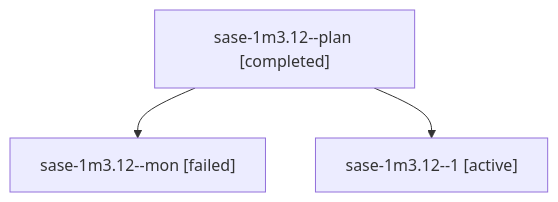
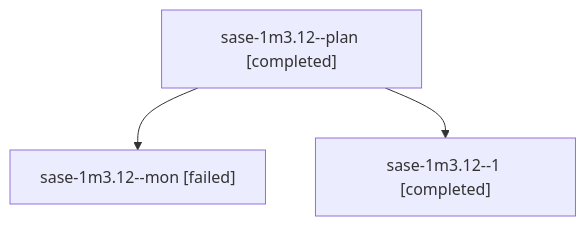
Before and after one commit to sase-org/sase--agents: the diagram in sessions/bbugyi200.apollo.sase-1m3.12.md, drawn with Mermaid. The commit also changed other lines of this file and 150 other files, not shown here.

````diff
--- a/sessions/bbugyi200.apollo.sase-1m3.12.md
+++ b/sessions/bbugyi200.apollo.sase-1m3.12.md
@@ -9,8 +9,8 @@
 ```mermaid
 flowchart TD
   n0["sase-1m3.12--plan [completed]"]
   n1["sase-1m3.12--mon [failed]"]
   n0 --> n1
-  n2["sase-1m3.12--1 [active]"]
+  n2["sase-1m3.12--1 [completed]"]
   n0 --> n2
 ```
````
